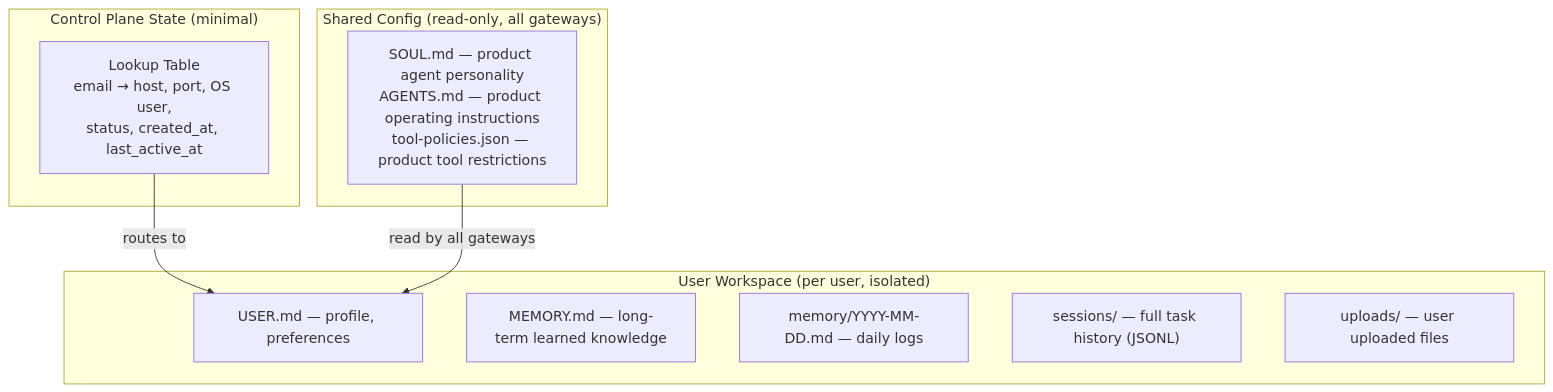
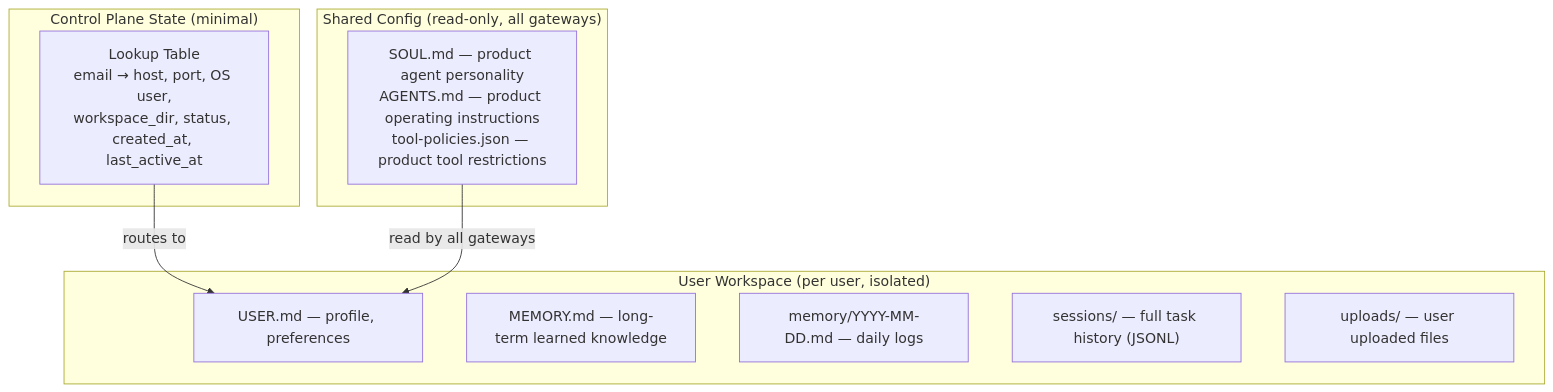
Before and after one commit to 1qh/claw: the fifth of 5 diagrams in brainstorm/architecture.md, drawn with Mermaid. The commit also changed other lines of this file and 1 other file, not shown here.

Commit message:
Fix remaining inconsistencies: lookup table fields, mounted language, idle state

````diff
--- a/brainstorm/architecture.md
+++ b/brainstorm/architecture.md
@@ -178,21 +178,21 @@
 ```mermaid
 graph TB
     subgraph "Control Plane State (minimal)"
-        DB["Lookup Table<br/>email → host, port, OS user,<br/>status, created_at, last_active_at"]
+        DB["Lookup Table<br/>email → host, port, OS user,<br/>workspace_dir, status, created_at, last_active_at"]
     end
 
     subgraph "Shared Config (read-only, all gateways)"
         SC["SOUL.md — product agent personality<br/>AGENTS.md — product operating instructions<br/>tool-policies.json — product tool restrictions"]
     end
 
     subgraph "User Workspace (per user, isolated)"
         UM["USER.md — profile, preferences"]
         MM["MEMORY.md — long-term learned knowledge"]
         DM["memory/YYYY-MM-DD.md — daily logs"]
         SS["sessions/ — full task history (JSONL)"]
         UF["uploads/ — user uploaded files"]
     end
 
     DB -->|"routes to"| UM
     SC -->|"read by all gateways"| UM
 ```
````
